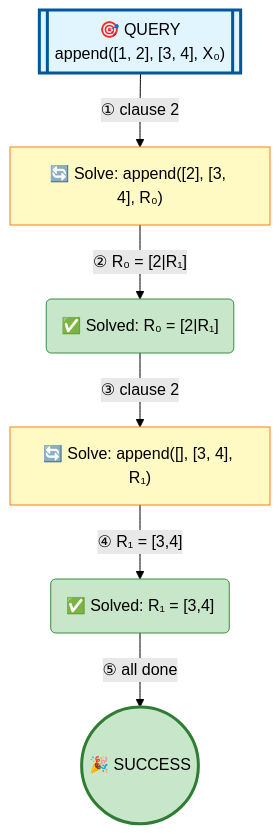
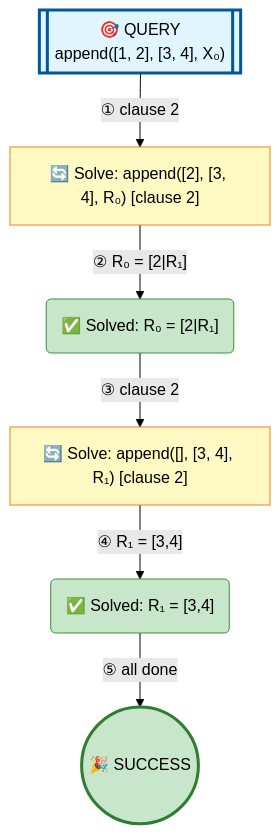
The diagram in examples/append-output.md (jarecsni/prolog-trace-viz), drawn with Mermaid (forest theme) before and after one commit. The commit also changed 4 other files, not shown here.

````diff
--- a/examples/append-output.md
+++ b/examples/append-output.md
@@ -11,26 +11,26 @@
 ```mermaid
 graph TD
 
 %% Nodes
 A[["🎯 QUERY<br/>append([1, 2], [3, 4], X₀)"]]
-B["🔄 Solve: append([2], [3, 4], R₀)"]
+B["🔄 Solve: append([2], [3, 4], R₀) [clause 2]"]
 C("✅ Solved: R₀ = [2|R₁]")
-D["🔄 Solve: append([], [3, 4], R₁)"]
+D["🔄 Solve: append([], [3, 4], R₁) [clause 2]"]
 E("✅ Solved: R₁ = [3,4]")
 F(("🎉 SUCCESS"))
 
 %% Edges
 A -->|"① clause 2"| B
 B -->|"② R₀ = [2|R₁]"| C
 C -->|"③ clause 2"| D
 D -->|"④ R₁ = [3,4]"| E
 E -->|"⑤ all done"| F
 
 %% Styles
 style A fill:#e1f5ff,stroke:#01579b,stroke-width:3px
 style B fill:#fff9c4,stroke:#f57f17
 style C fill:#c8e6c9,stroke:#388e3c
 style D fill:#fff9c4,stroke:#f57f17
 style E fill:#c8e6c9,stroke:#388e3c
 style F fill:#c8e6c9,stroke:#2e7d32,stroke-width:3px
 ```
````
